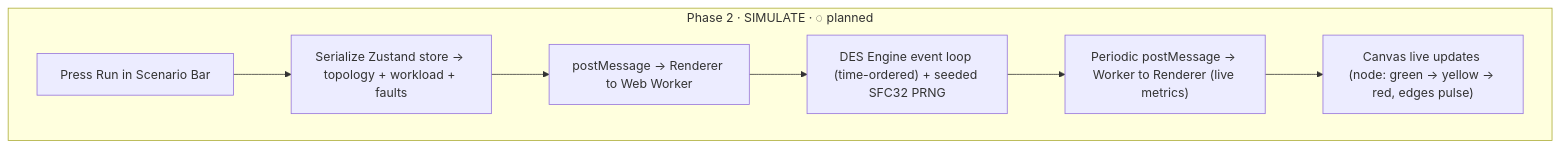
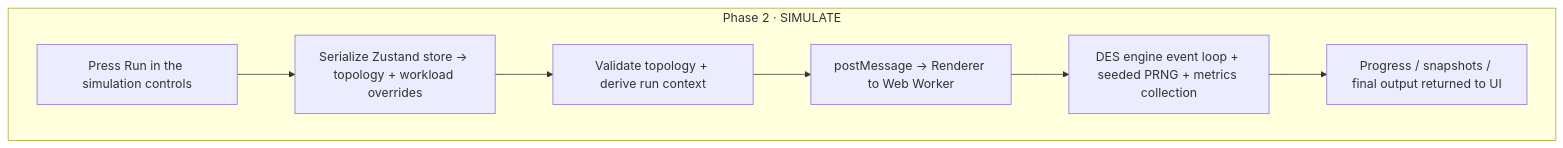
Before and after one commit to Newton-School/systems-simulator: the second of 4 diagrams in README.md, drawn with Mermaid. The commit also changed other lines of this file, not shown here.

````diff
--- a/README.md
+++ b/README.md
@@ -102,12 +101,12 @@
 ```mermaid
 flowchart TD
-    subgraph SIMULATE["Phase 2 · SIMULATE · ◌ planned"]
-        S1["Press Run in Scenario Bar"]
-        S2["Serialize Zustand store → topology + workload + faults"]
-        S3["postMessage → Renderer to Web Worker"]
-        S4["DES Engine event loop (time-ordered) + seeded SFC32 PRNG"]
-        S5["Periodic postMessage → Worker to Renderer (live metrics)"]
-        S6["Canvas live updates (node: green → yellow → red, edges pulse)"]
+    subgraph SIMULATE["Phase 2 · SIMULATE"]
+        S1["Press Run in the simulation controls"]
+        S2["Serialize Zustand store → topology + workload overrides"]
+        S3["Validate topology + derive run context"]
+        S4["postMessage → Renderer to Web Worker"]
+        S5["DES engine event loop + seeded PRNG + metrics collection"]
+        S6["Progress / snapshots / final output returned to UI"]
         S1 --> S2 --> S3 --> S4 --> S5 --> S6
     end
 ```
````
